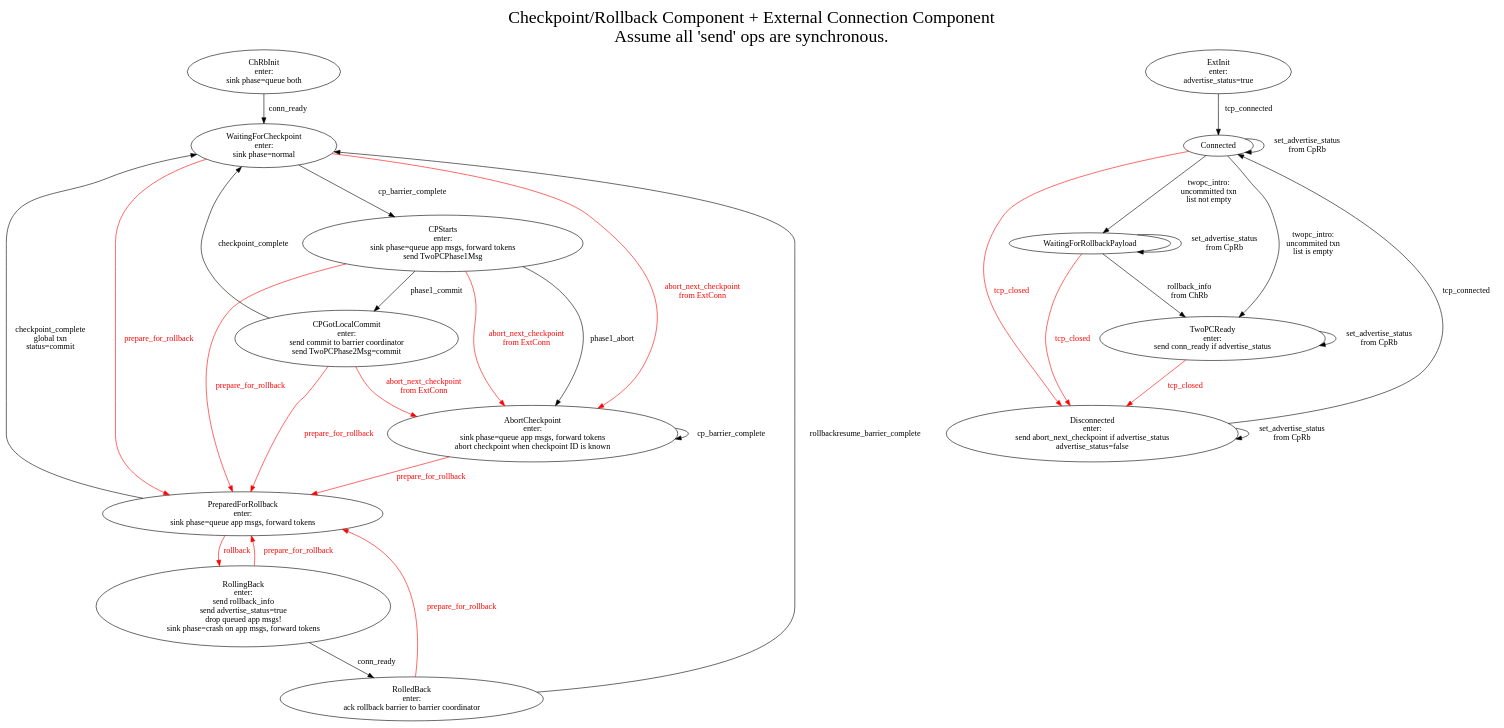
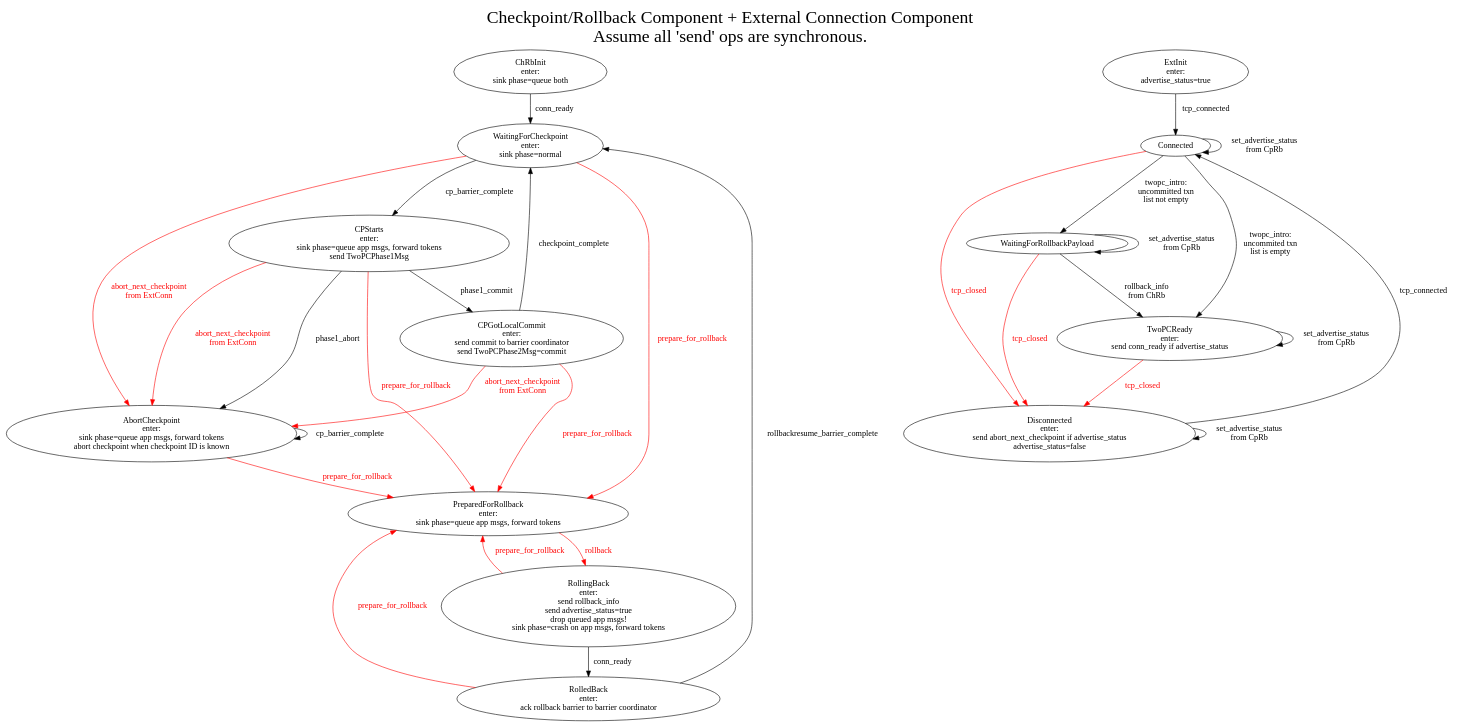
The diagram in lib/wallaroo/core/sink/connector_sink/connector-sink-2pc-management.dot (WallarooLabs/wally), drawn with Graphviz before and after one commit. The commit also changed 3 other files, not shown here.

```diff
--- a/lib/wallaroo/core/sink/connector_sink/connector-sink-2pc-management.dot
+++ b/lib/wallaroo/core/sink/connector_sink/connector-sink-2pc-management.dot
@@ -1,82 +1,81 @@
 digraph mashup {
     graph [label="Checkpoint/Rollback Component + External Connection Component\nAssume all 'send' ops are synchronous.",labelloc=t,fontsize=30];
 
     ## BEGIN LEFT
     subgraph checkpoint_rollback_component {
 	graph [label="SUB Checkpoint/Rollback Component",labelloc=t,fontsize=20];
 
 	// Subgraphs
 	subgraph init {
             ChRbInit [label="ChRbInit\nenter:\nsink phase=queue both"];
 	}
 	subgraph cp {
             WaitingForCheckpoint [label="WaitingForCheckpoint\nenter:\nsink phase=normal"];
             AbortCheckpoint [label="AbortCheckpoint\nenter:\nsink phase=queue app msgs, forward tokens\nabort checkpoint when checkpoint ID is known"];
 	}
 	subgraph sacp {
             CPStarts [label="CPStarts\nenter:\nsink phase=queue app msgs, forward tokens\nsend TwoPCPhase1Msg"];
             CPGotLocalCommit [label="CPGotLocalCommit\nenter:\nsend commit to barrier coordinator\nsend TwoPCPhase2Msg=commit"];
             // CPGotGlobalVote; // Can we remove this node?
 
             CPStarts -> CPGotLocalCommit [label="phase1_commit"];
             CPStarts -> AbortCheckpoint [label="phase1_abort"];
             CPGotLocalCommit -> WaitingForCheckpoint [label="checkpoint_complete"];
 	}
 	subgraph rollback {
             PreparedForRollback [label="PreparedForRollback\nenter:\nsink phase=queue app msgs, forward tokens"];
             RollingBack [label="RollingBack\nenter:\nsend rollback_info\nsend advertise_status=true\ndrop queued app msgs!\nsink phase=crash on app msgs, forward tokens"];
             RolledBack [label="RolledBack\nenter:\nack rollback barrier to barrier coordinator"];
 
             PreparedForRollback -> RollingBack [label="rollback",fontcolor=red,color=red];
-            PreparedForRollback -> WaitingForCheckpoint [label="checkpoint_complete\nglobal txn\nstatus=commit"]
 	}
 
 	// Other Edges
 	ChRbInit -> WaitingForCheckpoint [label="conn_ready"];
 
 	WaitingForCheckpoint -> CPStarts [label="cp_barrier_complete"];
 	AbortCheckpoint -> AbortCheckpoint [label="cp_barrier_complete"];
 
 	WaitingForCheckpoint -> PreparedForRollback [label="prepare_for_rollback",fontcolor=red,color=red];
 	AbortCheckpoint -> PreparedForRollback [label="prepare_for_rollback",fontcolor=red,color=red];
 	CPStarts -> PreparedForRollback [label="prepare_for_rollback",fontcolor=red,color=red];
 	CPGotLocalCommit -> PreparedForRollback [label="prepare_for_rollback",fontcolor=red,color=red];
 
 	WaitingForCheckpoint -> AbortCheckpoint [label="abort_next_checkpoint\nfrom ExtConn",fontcolor=red,color=red];
 	CPStarts -> AbortCheckpoint [label="abort_next_checkpoint\nfrom ExtConn",fontcolor=red,color=red];
 	CPGotLocalCommit -> AbortCheckpoint [label="abort_next_checkpoint\nfrom ExtConn",fontcolor=red,color=red];
 
 	RollingBack -> RolledBack [label="conn_ready"];
 	RollingBack -> PreparedForRollback [label="prepare_for_rollback",fontcolor=red,color=red];
 
 	RolledBack -> WaitingForCheckpoint [label="rollbackresume_barrier_complete"];
 	RolledBack -> PreparedForRollback [label="prepare_for_rollback",fontcolor=red,color=red];
     }
     ## END LEFT
 
     ## BEGIN RIGHT
     subgraph external_connection_component {
         graph [label="External Connection Component",labelloc=t,fontsize=30];
 
         ExtInit [label="ExtInit\nenter:\nadvertise_status=true"];
         ExtInit -> Connected [label="tcp_connected"];
         Connected -> Disconnected [label="tcp_closed",fontcolor=red,color=red];
         Connected -> Connected [label="set_advertise_status\nfrom CpRb"];
         Disconnected [label="Disconnected\nenter:\nsend abort_next_checkpoint if advertise_status\nadvertise_status=false"];
         Disconnected -> Connected [label="tcp_connected"];
         Disconnected -> Disconnected [label="set_advertise_status\nfrom CpRb"];
         Connected -> WaitingForRollbackPayload [label="twopc_intro:\nuncommitted txn\nlist not empty"];
         Connected -> TwoPCReady [label="twopc_intro:\nuncommited txn\nlist is empty"];
         WaitingForRollbackPayload -> TwoPCReady [label="rollback_info\nfrom ChRb"];
         WaitingForRollbackPayload -> WaitingForRollbackPayload [label="set_advertise_status\nfrom CpRb"];
         WaitingForRollbackPayload -> Disconnected [label="tcp_closed",fontcolor=red,color=red];
 
         TwoPCReady [label="TwoPCReady\nenter:\nsend conn_ready if advertise_status"]
         TwoPCReady -> Disconnected [label="tcp_closed",fontcolor=red,color=red];
         TwoPCReady -> TwoPCReady [label="set_advertise_status\nfrom CpRb"]
     }
     # END RIGHT
 
     {rank=same; ChRbInit; ExtInit; };
     ## {rank=same; Disconnected; RollingBack; ; };
 }
```
